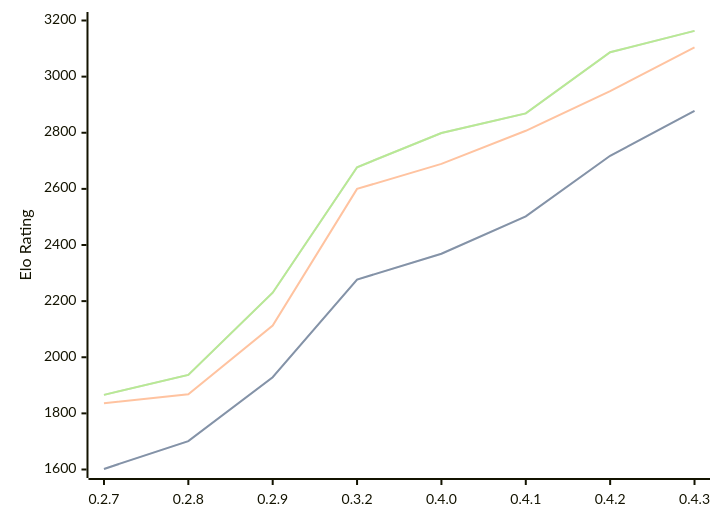
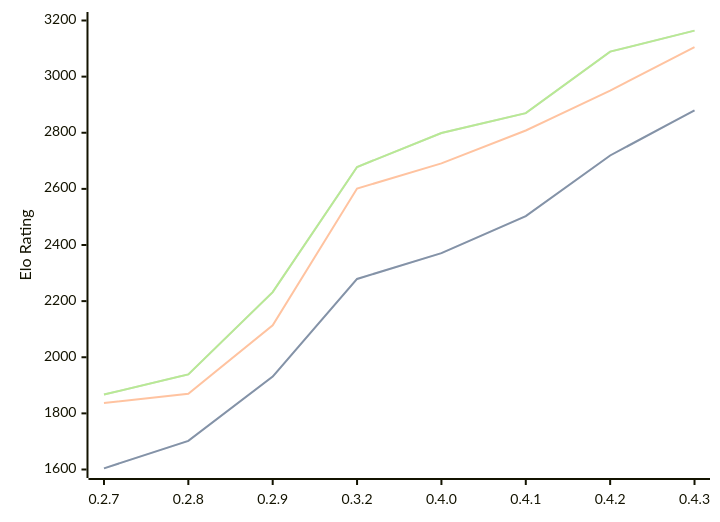
One commit to computer-chess-index/cci changed the diagram in engines/Dual.md. Above: the diagram before and after it, drawn with Mermaid. The commit also changed other lines of this file, not shown here.

Commit message:
Update CCI Ratings (ELO VLTC) - 2026-10-09

````diff
--- a/engines/Dual.md
+++ b/engines/Dual.md
@@ -40,11 +40,11 @@
 ```mermaid
 %%{init: {"theme":"base","themeVariables":{"seriesColors:['#a3a3a3','#222221','#faa371']}}}%%
 xychart-beta
   x-axis ["0.2.7", "0.2.8", "0.2.9", "0.3.2", "0.4.0", "0.4.1", "0.4.2", "0.4.3"]
   y-axis "Elo Rating" 1600 --> 3200
-  line "" [1602, 1701, 1929, 2277, 2369, 2502, 2718, 2878]
-  line "STC (8.0+0.08s)" [1602, 1701, 1929, 2277, 2369, 2502, 2718, 2878]
-  line "LTC (60.0+0.60s)" [1836, 1868, 2113, 2600, 2689, 2807, 2948, 3104]
-  line "" [1866, 1937, 2230, 2677, 2799, 2869, 3087, 3163]
-  line "VLTC (2m24s+1.12s)" [1866, 1937, 2230, 2677, 2799, 2869, 3087, 3163]
+  line "" [1604, 1702, 1931, 2279, 2371, 2503, 2719, 2880]
+  line "STC (8.0+0.08s)" [1604, 1702, 1931, 2279, 2371, 2503, 2719, 2880]
+  line "LTC (60.0+0.60s)" [1837, 1870, 2114, 2601, 2691, 2808, 2950, 3105]
+  line "" [1867, 1939, 2232, 2678, 2799, 2870, 3089, 3164]
+  line "VLTC (2m24s+1.12s)" [1867, 1939, 2232, 2678, 2799, 2870, 3089, 3164]
 ```
````
